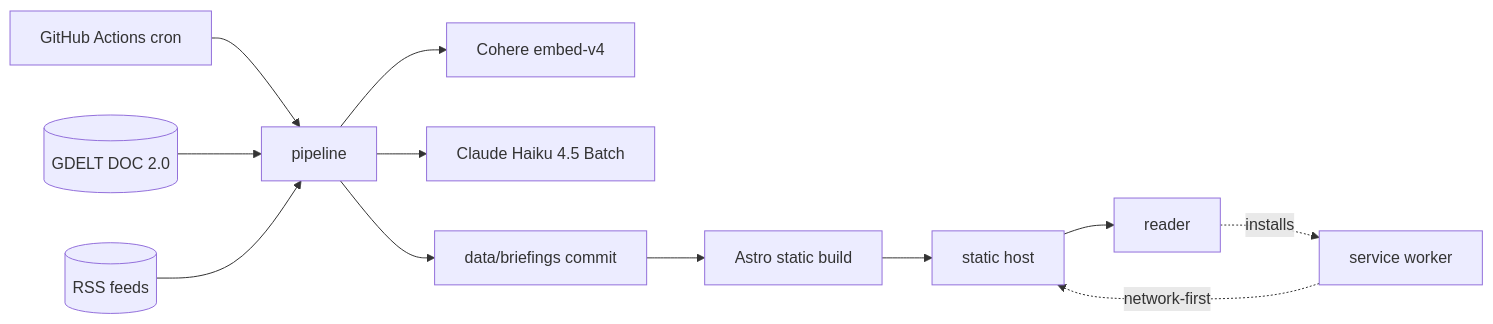
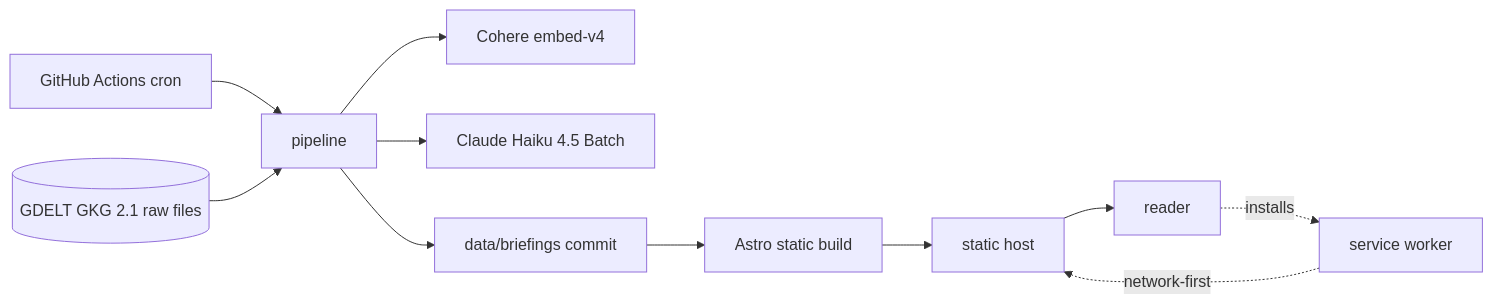
One commit to PolThm/5-news changed the first of 2 diagrams in _bmad-output/planning-artifacts/architecture/architecture-5-news-2026-08-10/ARCHITECTURE-SPINE.md. Above: the diagram before and after it, drawn with Mermaid. The commit also changed other lines of this file and 14 other files, not shown here.

````diff
--- a/_bmad-output/planning-artifacts/architecture/architecture-5-news-2026-08-10/ARCHITECTURE-SPINE.md
+++ b/_bmad-output/planning-artifacts/architecture/architecture-5-news-2026-08-10/ARCHITECTURE-SPINE.md
@@ -181,14 +181,13 @@
 ```mermaid
 graph LR
   GH[GitHub Actions cron] --> P[pipeline]
-  GDELT[(GDELT DOC 2.0)] --> P
-  RSS[(RSS feeds)] --> P
+  GDELT[(GDELT GKG 2.1 raw files)] --> P
   P --> CO[Cohere embed-v4]
   P --> CL[Claude Haiku 4.5 Batch]
   P --> D[data/briefings commit]
   D --> B[Astro static build]
   B --> CDN[static host]
   CDN --> R[reader]
   SW[service worker] -.network-first.-> CDN
   R -.installs.-> SW
 ```
````
